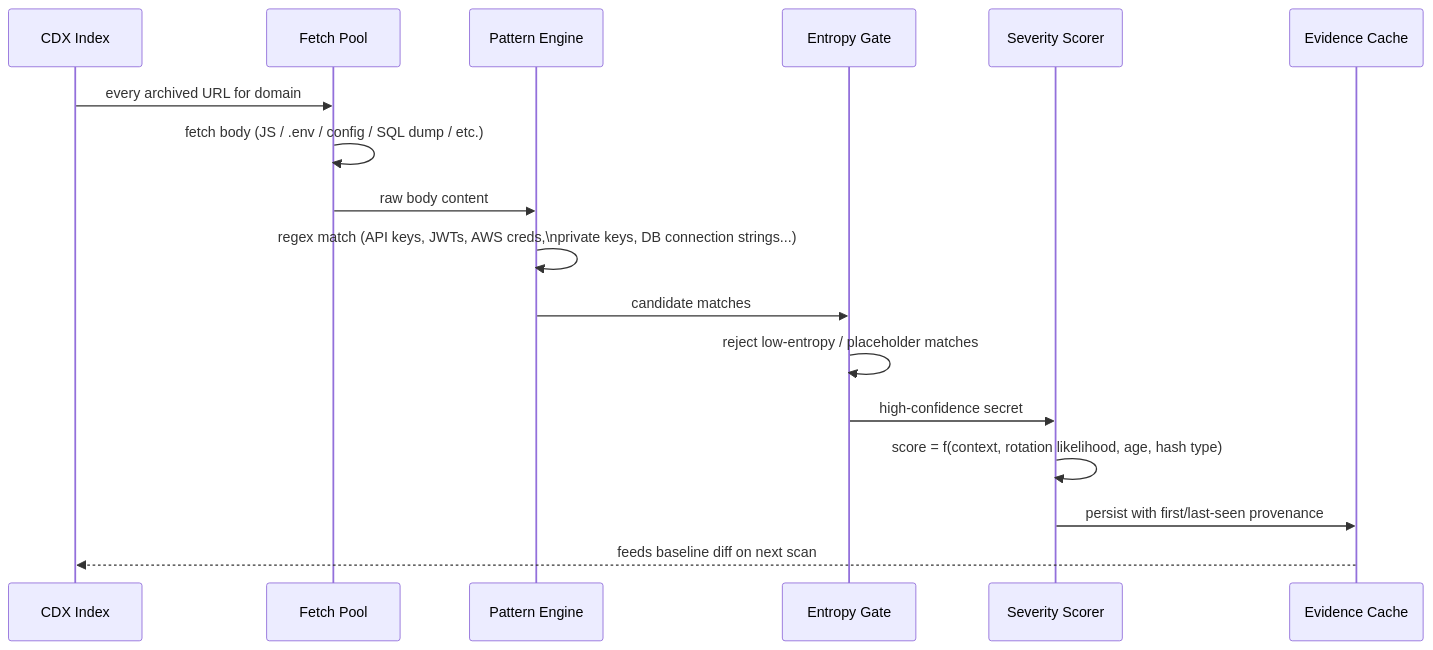
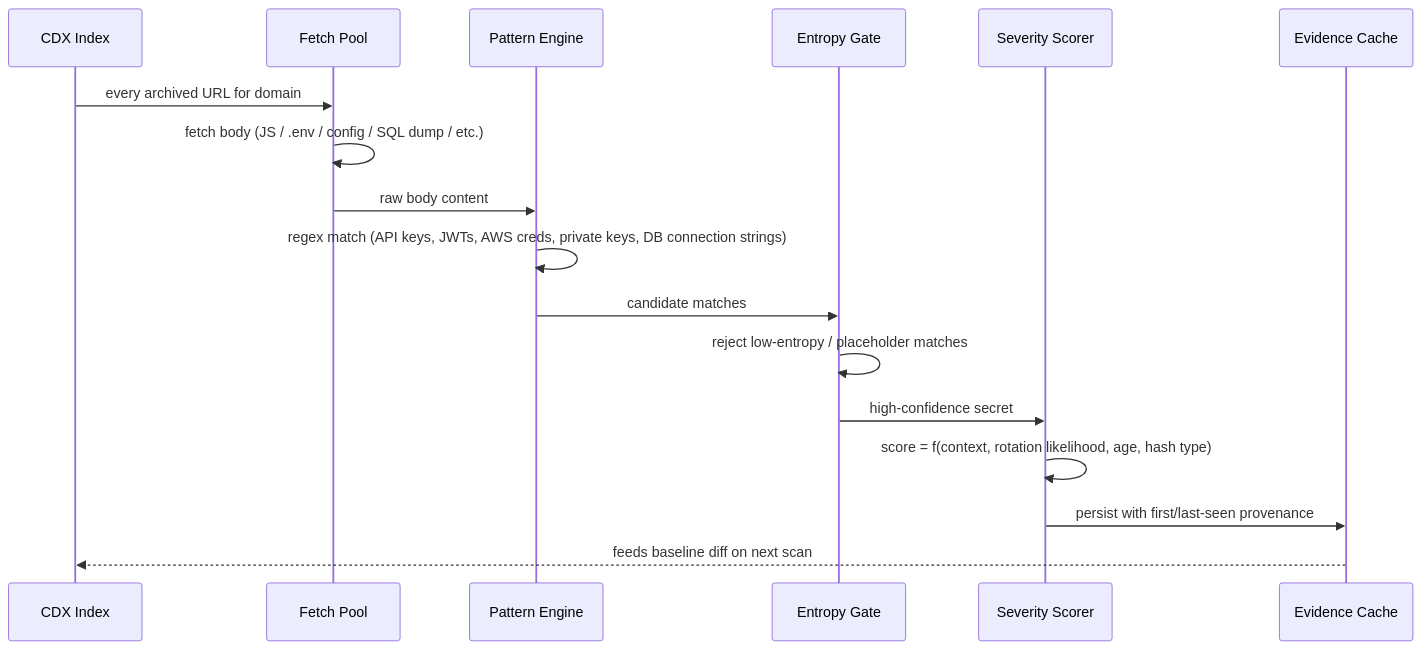
One commit to sylhetyhackvenger/STRATASCAN changed the sixth of 21 diagrams in README.md. Above: the diagram before and after it, drawn with Mermaid. The commit also changed other lines of this file, not shown here.

````diff
--- a/README.md
+++ b/README.md
@@ -679,20 +659,20 @@
 ```mermaid
 sequenceDiagram
     participant CDX as CDX Index
     participant F as Fetch Pool
     participant P as Pattern Engine
     participant E as Entropy Gate
     participant S as Severity Scorer
     participant C as Evidence Cache
 
     CDX->>F: every archived URL for domain
     F->>F: fetch body (JS / .env / config / SQL dump / etc.)
     F->>P: raw body content
-    P->>P: regex match (API keys, JWTs, AWS creds,\nprivate keys, DB connection strings...)
+    P->>P: regex match (API keys, JWTs, AWS creds, private keys, DB connection strings)
     P->>E: candidate matches
     E->>E: reject low-entropy / placeholder matches
     E->>S: high-confidence secret
     S->>S: score = f(context, rotation likelihood, age, hash type)
     S->>C: persist with first/last-seen provenance
     C-->>CDX: feeds baseline diff on next scan
 ```
````
